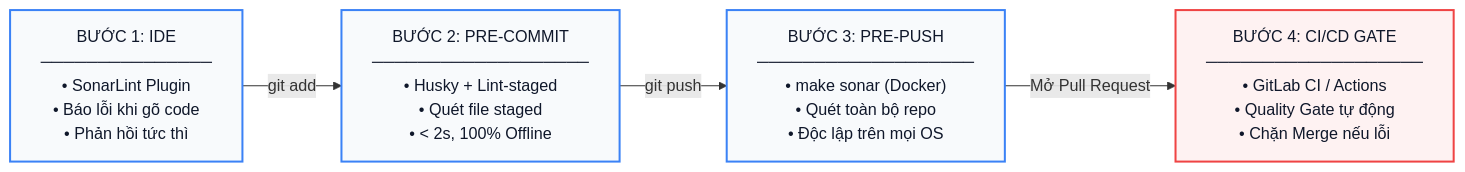
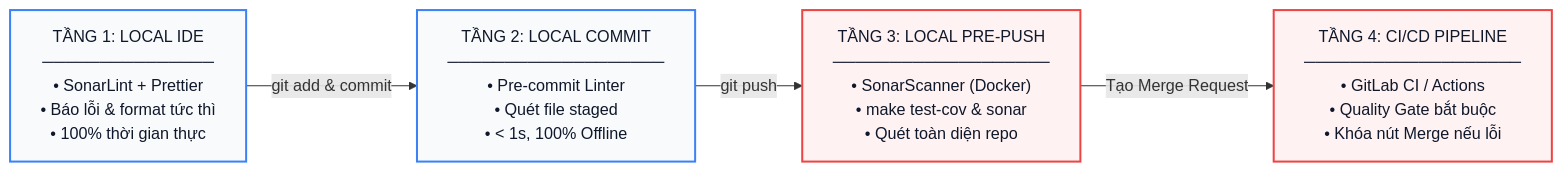
One commit to phucnvph/markdownpreview changed the diagram in SonarScanner.md. Above: the diagram before and after it, drawn with Mermaid. The commit also changed other lines of this file, not shown here.

First line of the commit message:
Revise SonarScanner documentation for clarity and updates

````diff
--- a/SonarScanner.md
+++ b/SonarScanner.md
@@ -13,10 +13,10 @@
 ```mermaid
 flowchart LR
     classDef step fill:#f8fafc,stroke:#3b82f6,stroke-width:2px,color:#0f172a;
     classDef gate fill:#fef2f2,stroke:#ef4444,stroke-width:2px,color:#0f172a;
 
-    S1["BƯỚC 1: IDE\n───────────────\n• SonarLint Plugin\n• Báo lỗi khi gõ code\n• Phản hồi tức thì"]:::step
-    -->|git add| S2["BƯỚC 2: PRE-COMMIT\n───────────────────\n• Husky + Lint-staged\n• Quét file staged\n• < 2s, 100% Offline"]:::step
-    -->|git push| S3["BƯỚC 3: PRE-PUSH\n───────────────────\n• make sonar (Docker)\n• Quét toàn bộ repo\n• Độc lập trên mọi OS"]:::step
-    -->|Mở Pull Request| S4["BƯỚC 4: CI/CD GATE\n───────────────────\n• GitLab CI / Actions\n• Quality Gate tự động\n• Chặn Merge nếu lỗi"]:::gate
+    S1["TẦNG 1: LOCAL IDE\n───────────────\n• SonarLint + Prettier\n• Báo lỗi & format tức thì\n• 100% thời gian thực"]:::step
+    -->|git add & commit| S2["TẦNG 2: LOCAL COMMIT\n───────────────────\n• Pre-commit Linter\n• Quét file staged\n• < 1s, 100% Offline"]:::step
+    -->|git push| S3["TẦNG 3: LOCAL PRE-PUSH\n───────────────────\n• SonarScanner (Docker)\n• make test-cov & sonar\n• Quét toàn diện repo"]:::gate
+    -->|Tạo Merge Request| S4["TẦNG 4: CI/CD PIPELINE\n───────────────────\n• GitLab CI / Actions\n• Quality Gate bắt buộc\n• Khóa nút Merge nếu lỗi"]:::gate
 ```
````
